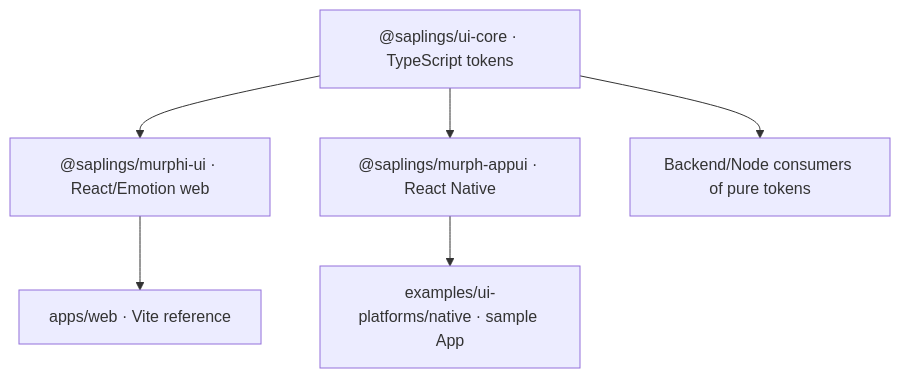
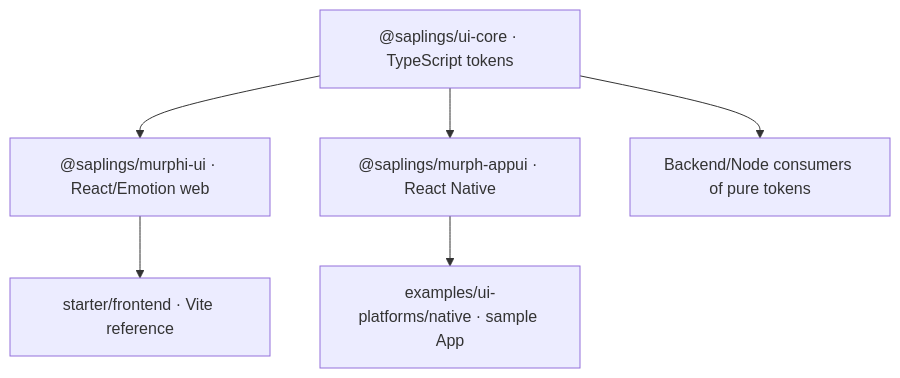
The diagram in docs/ui-platforms/TECHNICAL_SPECIFICATION.md (snrakshith/saplings), drawn with Mermaid before and after one commit. The commit also changed 154 other files, not shown here.

````diff
--- a/docs/ui-platforms/TECHNICAL_SPECIFICATION.md
+++ b/docs/ui-platforms/TECHNICAL_SPECIFICATION.md
@@ -5,8 +5,8 @@
 ```mermaid
 flowchart TB
   A["@saplings/ui-core · TypeScript tokens"] --> B["@saplings/murphi-ui · React/Emotion web"]
   A --> C["@saplings/murph-appui · React Native"]
-  B --> D["apps/web · Vite reference"]
+  B --> D["starter/frontend · Vite reference"]
   C --> E["examples/ui-platforms/native · sample App"]
   A --> F["Backend/Node consumers of pure tokens"]
 ```
````
